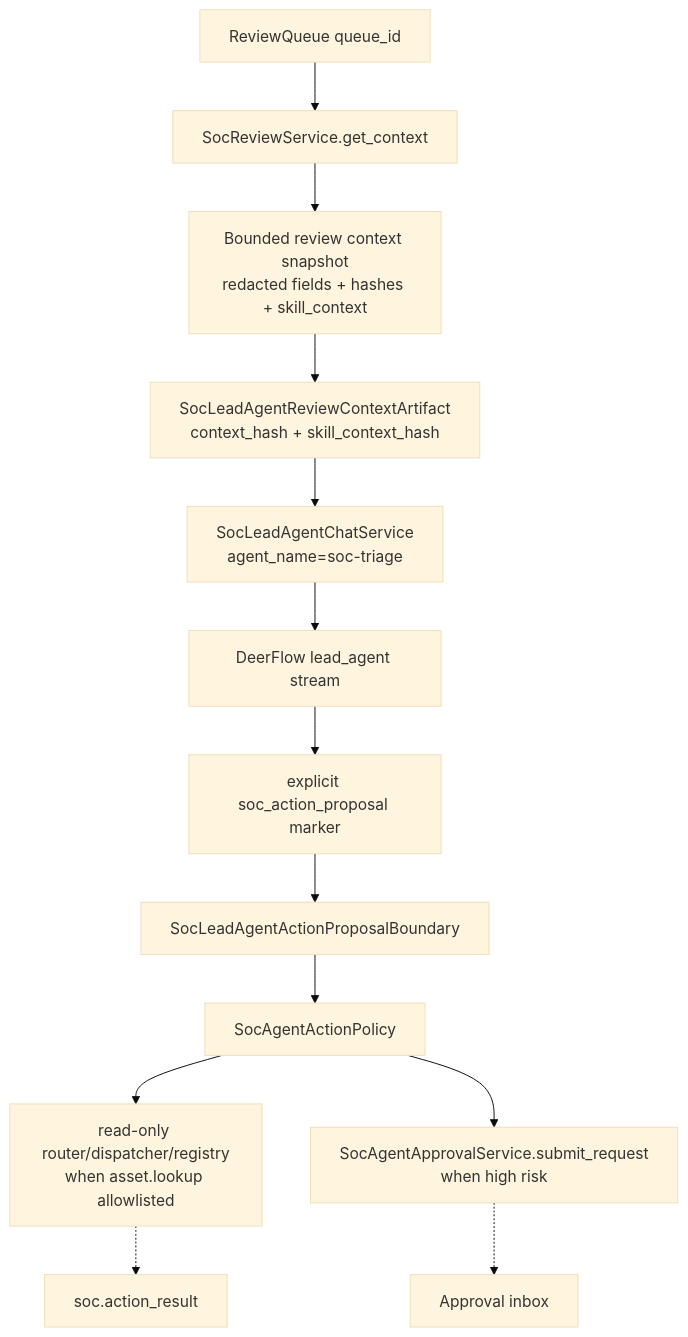
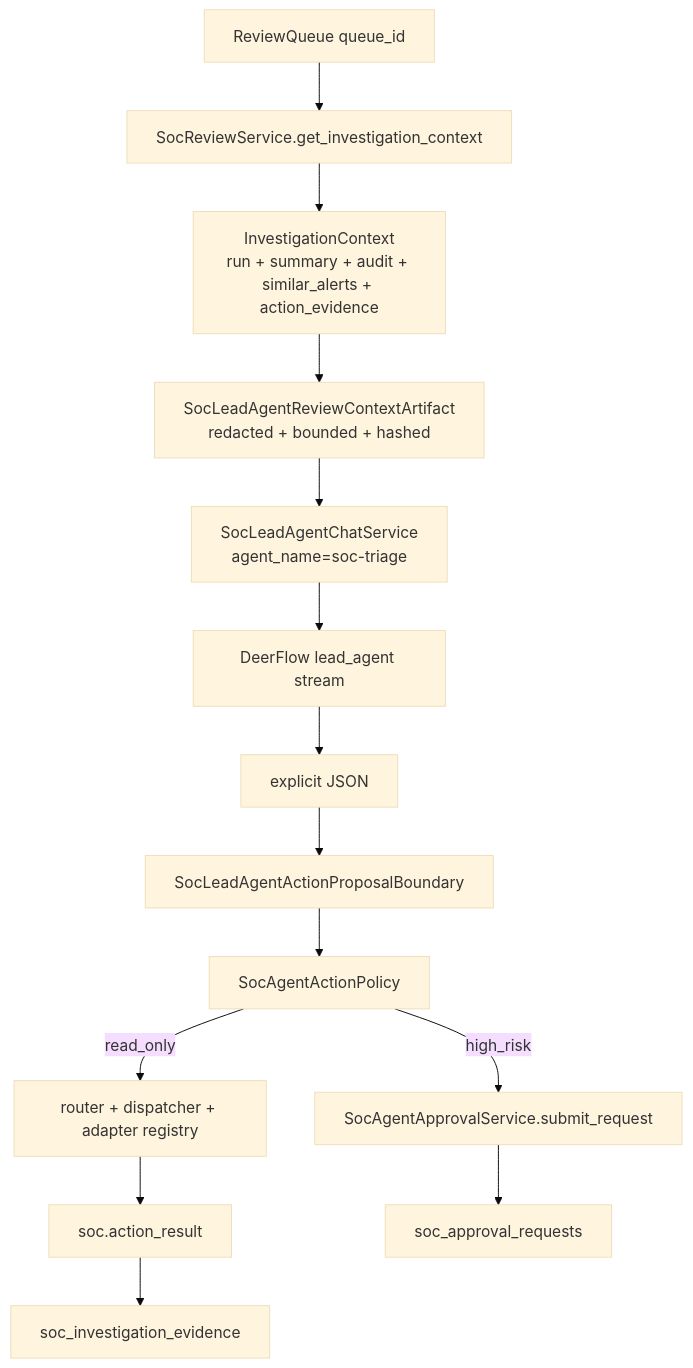
One commit to yydspanda/deer-flow changed the third of 5 diagrams in .notes/ai_soc/alert-lifecycle-flow.md. Above: the diagram before and after it, drawn with Mermaid (base theme). The commit also changed other lines of this file and 6 other files, not shown here.

Commit message:
Document SOC memory and capability roadmap

````diff
--- a/.notes/ai_soc/alert-lifecycle-flow.md
+++ b/.notes/ai_soc/alert-lifecycle-flow.md
@@ -110,16 +192,19 @@
 ```mermaid
 flowchart TD
-    QueueId["ReviewQueue queue_id"] --> ReviewService["SocReviewService.get_context"]
-    ReviewService --> Snapshot["Bounded review context snapshot\nredacted fields + hashes + skill_context"]
-    Snapshot --> Artifact["SocLeadAgentReviewContextArtifact\ncontext_hash + skill_context_hash"]
-    Artifact --> LeadEntry["SocLeadAgentChatService\nagent_name=soc-triage"]
+    QueueId["ReviewQueue queue_id"] --> ReviewService["SocReviewService.get_investigation_context"]
+    ReviewService --> Context["InvestigationContext\nrun + summary + audit + similar_alerts + action_evidence"]
+    Context --> Bridge["SocLeadAgentReviewContextArtifact\nredacted + bounded + hashed"]
+    Bridge --> LeadEntry["SocLeadAgentChatService\nagent_name=soc-triage"]
     LeadEntry --> DeerFlowLead["DeerFlow lead_agent stream"]
 
-    DeerFlowLead --> Proposal["explicit soc_action_proposal marker"]
+    DeerFlowLead --> Proposal["explicit <soc_action_proposal> JSON"]
     Proposal --> Boundary["SocLeadAgentActionProposalBoundary"]
     Boundary --> Policy["SocAgentActionPolicy"]
-    Policy --> ReadOnly["read-only router/dispatcher/registry\nwhen asset.lookup allowlisted"]
-    ReadOnly -.-> ActionResult["soc.action_result"]
-    Policy --> Approval["SocAgentApprovalService.submit_request\nwhen high risk"]
-    Approval -.-> Inbox["Approval inbox"]
+
+    Policy -->|read_only| ReadOnly["router + dispatcher + adapter registry"]
+    ReadOnly --> ActionResult["soc.action_result"]
+    ActionResult --> Evidence["soc_investigation_evidence"]
+
+    Policy -->|high_risk| Approval["SocAgentApprovalService.submit_request"]
+    Approval --> Inbox["soc_approval_requests"]
 ```
````
